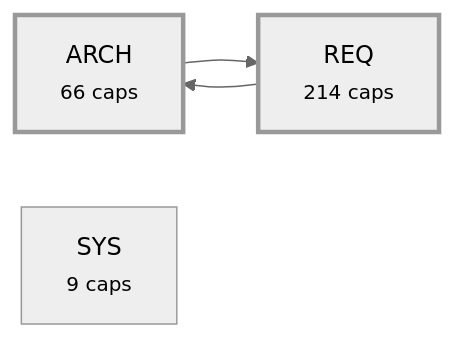
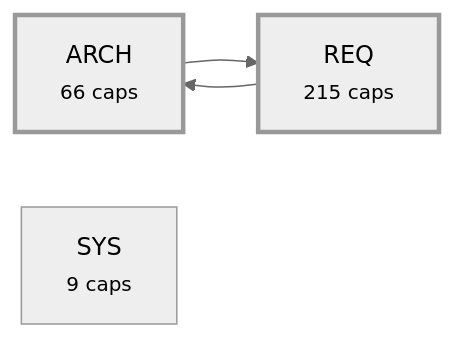
Before and after one commit to alxmax/Requirement-manager: the third of 4 diagrams in plugin/requirements/_map.md, drawn with Mermaid (neutral theme). The commit also changed other lines of this file and 32 other files, not shown here.

````diff
--- a/plugin/requirements/_map.md
+++ b/plugin/requirements/_map.md
@@ -1051,10 +1052,10 @@
 ```mermaid
 graph LR
   a_ARCH["ARCH<br><small>66 caps</small>"]
-  a_REQ["REQ<br><small>214 caps</small>"]
+  a_REQ["REQ<br><small>215 caps</small>"]
   a_SYS["SYS<br><small>9 caps</small>"]
   a_ARCH --> a_REQ
   a_REQ --> a_ARCH
   style a_ARCH stroke-width:3px
   style a_REQ stroke-width:3px
 ```
````
